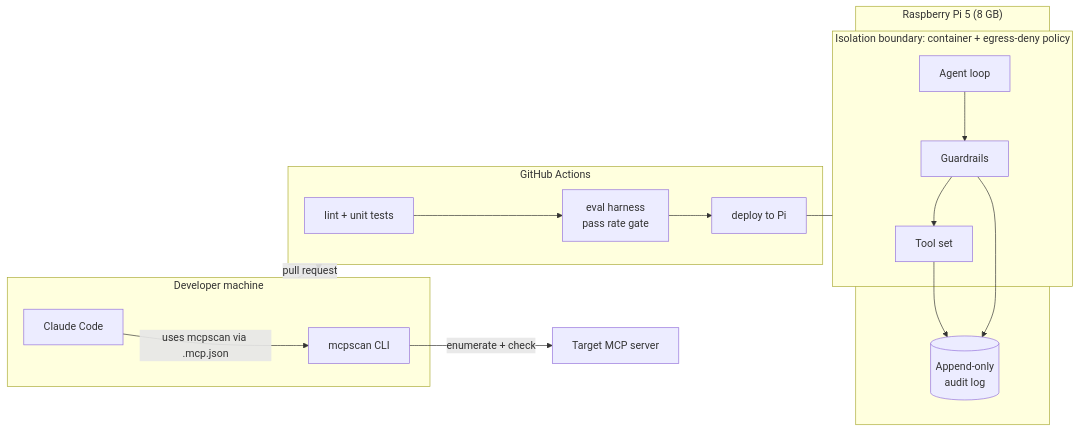
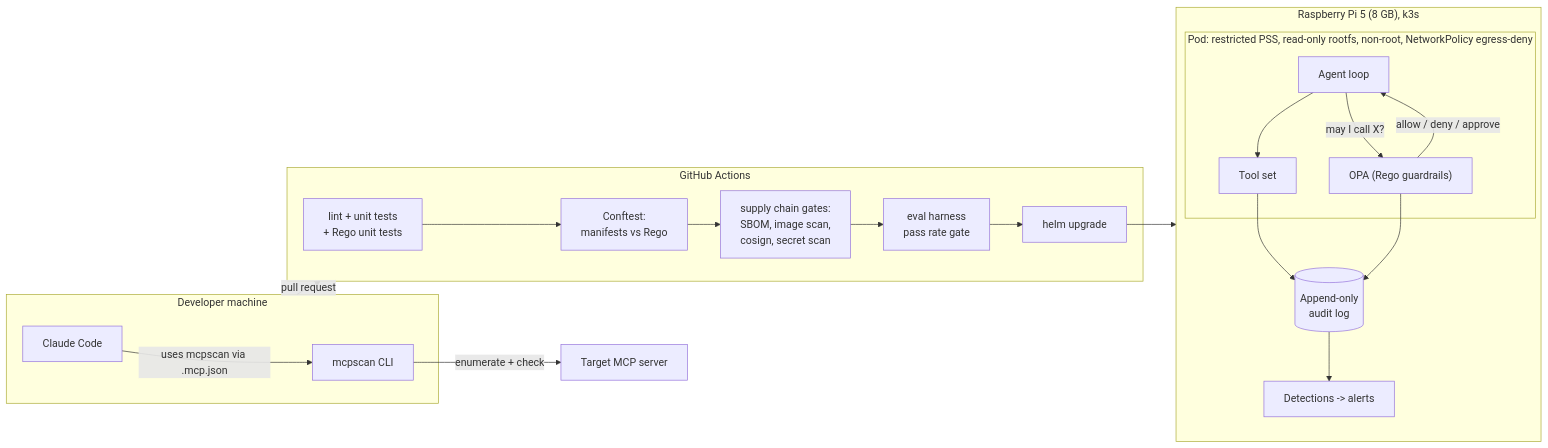
Before and after one commit to deathscythe272/agent-security-lab: the diagram in README.md, drawn with Mermaid. The commit also changed other lines of this file and 1 other file, not shown here.

Commit message:
Add policy-as-code, Kubernetes, supply chain, and detection scope to README and CLAUDE.md (#2)

````diff
--- a/README.md
+++ b/README.md
@@ -40,32 +54,38 @@
 ```mermaid
 flowchart LR
     subgraph dev["Developer machine"]
         cc["Claude Code"]
         scan["mcpscan CLI"]
     end
 
     subgraph gh["GitHub Actions"]
-        ci["lint + unit tests"]
+        ci["lint + unit tests\n+ Rego unit tests"]
+        conftest["Conftest:\nmanifests vs Rego"]
+        gates["supply chain gates:\nSBOM, image scan,\ncosign, secret scan"]
         evalci["eval harness\npass rate gate"]
-        deploy["deploy to Pi"]
+        deploy["helm upgrade"]
     end
 
-    subgraph pi["Raspberry Pi 5 (8 GB)"]
-        subgraph box["Isolation boundary: container + egress-deny policy"]
+    subgraph pi["Raspberry Pi 5 (8 GB), k3s"]
+        subgraph box["Pod: restricted PSS, read-only rootfs, non-root, NetworkPolicy egress-deny"]
             agent["Agent loop"]
-            guard["Guardrails"]
+            opa["OPA (Rego guardrails)"]
             tools["Tool set"]
-            agent --> guard --> tools
+            agent -->|"may I call X?"| opa
+            opa -->|allow / deny / approve| agent
+            agent --> tools
         end
         audit[("Append-only\naudit log")]
+        detect["Detections -> alerts"]
         tools --> audit
-        guard --> audit
+        opa --> audit
+        audit --> detect
     end
 
     target["Target MCP server"]
 
     scan -->|enumerate + check| target
     cc -->|uses mcpscan via .mcp.json| scan
     dev -->|pull request| gh
-    ci --> evalci --> deploy --> pi
+    ci --> conftest --> gates --> evalci --> deploy --> pi
 ```
````
